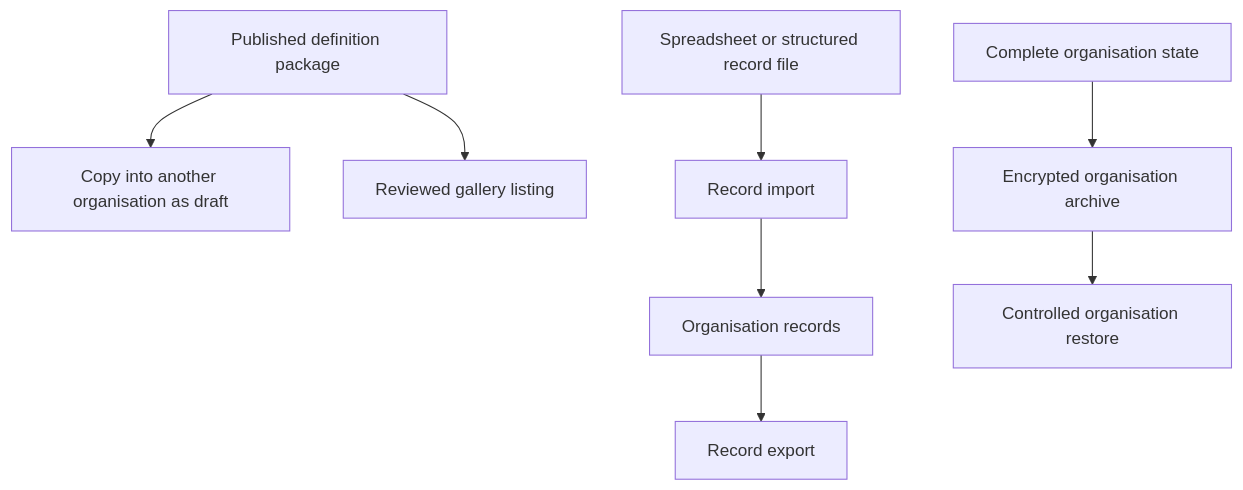
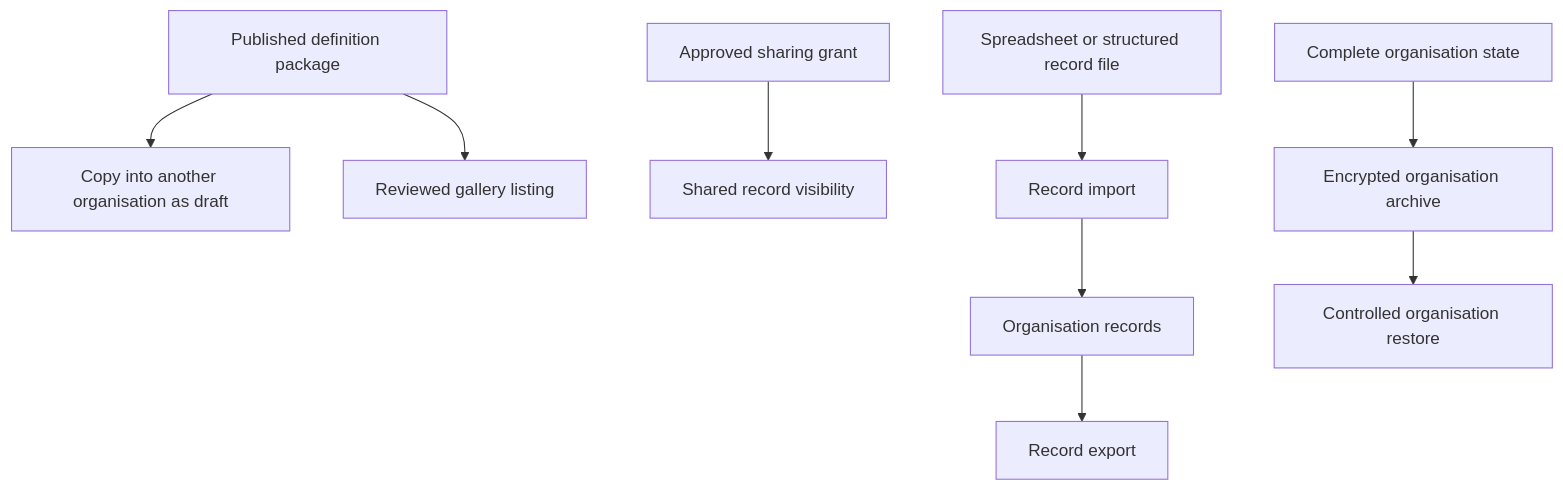
One commit to Abzum-NZ/Abzum-Vortex changed the first of 2 diagrams in docs/specification/16-copying-sharing-import-export.md. Above: the diagram before and after it, drawn with Mermaid. The commit also changed other lines of this file and 21 other files, not shown here.

````diff
--- a/docs/specification/16-copying-sharing-import-export.md
+++ b/docs/specification/16-copying-sharing-import-export.md
@@ -9,10 +9,11 @@
 ```mermaid
 flowchart TD
     DEF[Published definition package] --> COPY[Copy into another organisation as draft]
     DEF --> GALLERY[Reviewed gallery listing]
+    GRANT[Approved sharing grant] --> SHARED[Shared record visibility]
     SHEET[Spreadsheet or structured record file] --> IMPORT[Record import]
     IMPORT --> RECORDS[Organisation records]
     RECORDS --> EXPORT[Record export]
     ORG[Complete organisation state] --> ARCHIVE[Encrypted organisation archive]
     ARCHIVE --> RESTORE[Controlled organisation restore]
 ```
````
